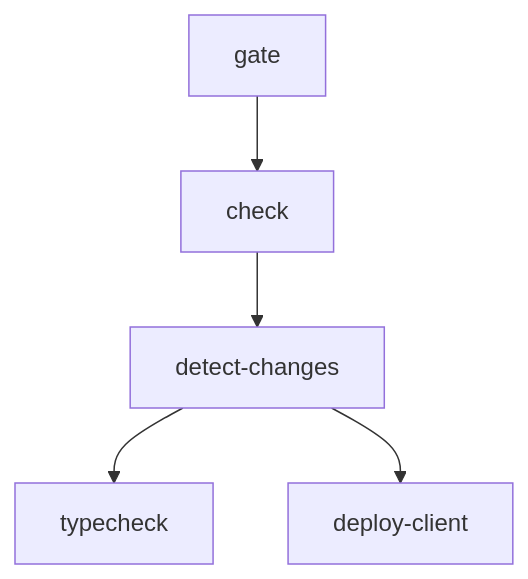
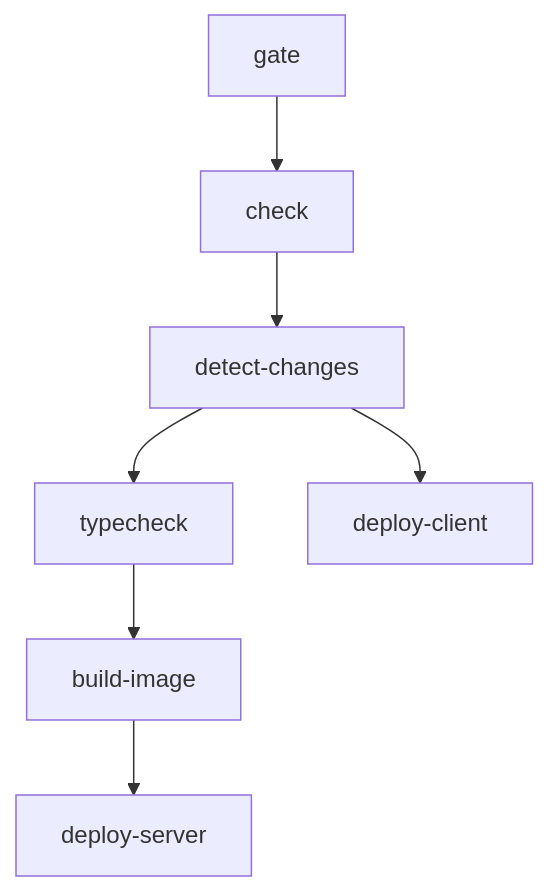
One commit to IamDevTrivedi/Trimium changed the second of 6 diagrams in docs/architecture/CI_CD_PIPELINE_ARCHITECTURE.md. Above: the diagram before and after it, drawn with Mermaid. The commit also changed other lines of this file and 20 other files, not shown here.

First line of the commit message:
feat(server): dockerize + GHCR deploy with :current/:live rollback (#161)

````diff
--- a/docs/architecture/CI_CD_PIPELINE_ARCHITECTURE.md
+++ b/docs/architecture/CI_CD_PIPELINE_ARCHITECTURE.md
@@ -49,9 +50,13 @@
 ```mermaid
 flowchart TD
     A[gate] --> B[check]
 
     B --> C[detect-changes]
 
     C --> D[typecheck]
     C --> E[deploy-client]
+
+    D --> F[build-image]
+
+    F --> G[deploy-server]
 ```
````
